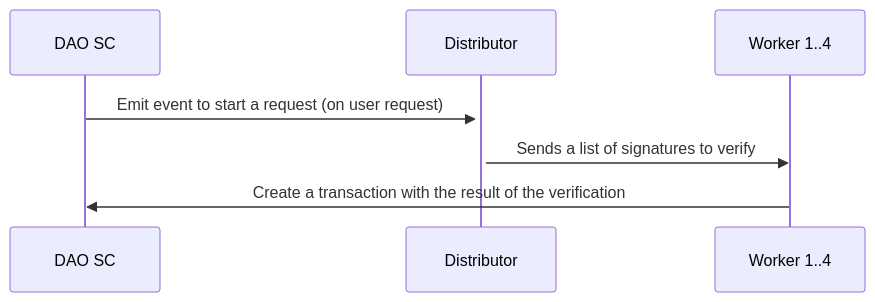
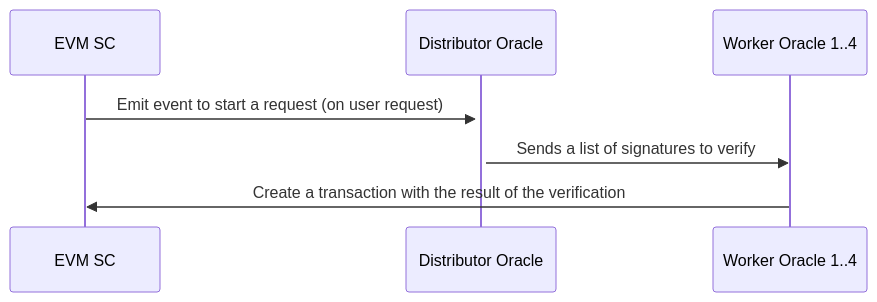
The diagram in use-cases/dao-oracle.md (dyne/zenswarm-oracle), drawn with Mermaid before and after one commit. The commit also changed other lines of this file, not shown here.

First line of the commit message:
Update dao-oracle.md

````diff
--- a/use-cases/dao-oracle.md
+++ b/use-cases/dao-oracle.md
@@ -11,6 +17,6 @@
 ```mermaid
 sequenceDiagram
-    DAO SC->>+Distributor: Emit event to start a request (on user request)
-    Distributor->>Worker 1..4: Sends a list of signatures to verify
-    Worker 1..4->>DAO SC: Create a transaction with the result of the verification
+    EVM SC->>+Distributor Oracle: Emit event to start a request (on user request)
+    Distributor Oracle->>Worker Oracle 1..4: Sends a list of signatures to verify
+    Worker Oracle 1..4->>EVM SC: Create a transaction with the result of the verification
 ```
````
